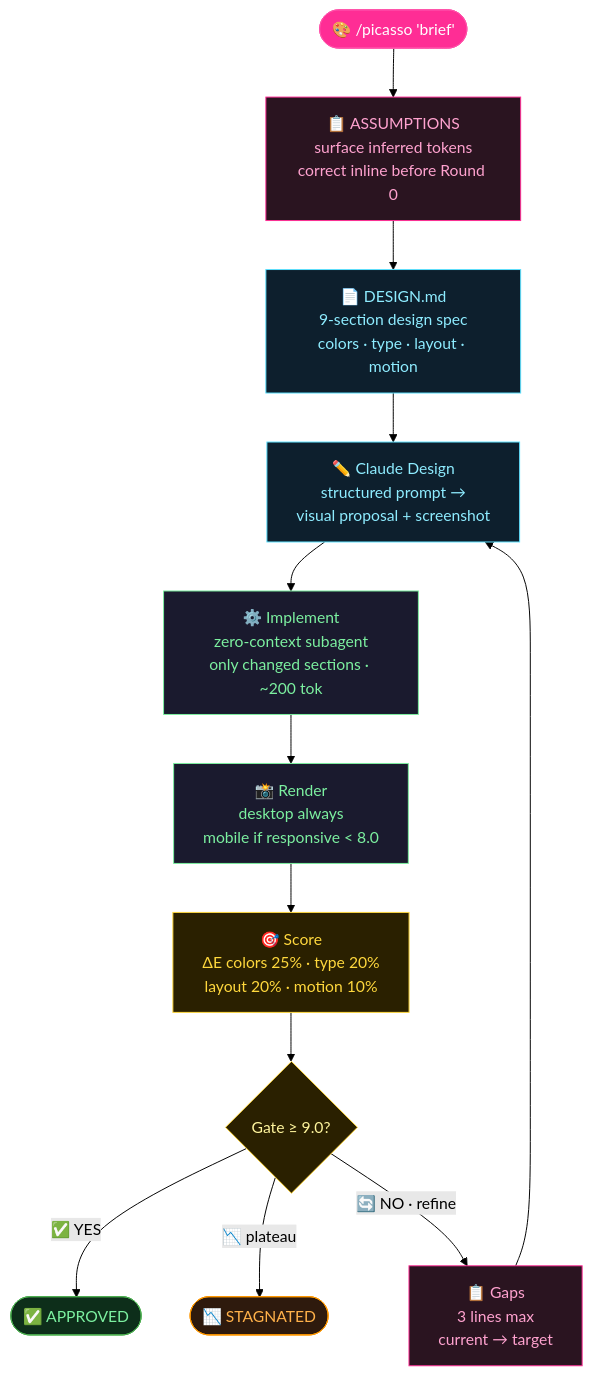
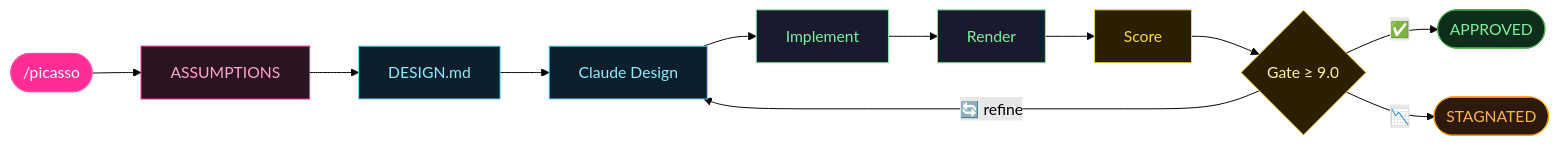
Before and after one commit to RazvanGabrielNiculae/picasso-claude-design-claude-code-bridge-loop: the first of 7 diagrams in README.md, drawn with Mermaid (forest theme). The commit also changed other lines of this file, not shown here.

First line of the commit message:
docs: compact Mermaid diagrams — LR layout, single-line nodes

````diff
--- a/README.md
+++ b/README.md
@@ -59,26 +59,18 @@
 ```mermaid
-flowchart TD
-    A([" 🎨 /picasso 'brief' "]) --> B["📋 ASSUMPTIONS\nsurface inferred tokens\ncorrect inline before Round 0"]
-    B --> C["📄 DESIGN.md\n9-section design spec\ncolors · type · layout · motion"]
-    C --> D["✏️ Claude Design\nstructured prompt →\nvisual proposal + screenshot"]
-    D --> E["⚙️ Implement\nzero-context subagent\nonly changed sections · ~200 tok"]
-    E --> F["📸 Render\ndesktop always\nmobile if responsive < 8.0"]
-    F --> G["🎯 Score\nΔE colors 25% · type 20%\nlayout 20% · motion 10%"]
-    G --> H{"Gate ≥ 9.0?"}
-    H -- "✅ YES" --> I([" ✅ APPROVED "])
-    H -- "📉 plateau" --> J([" 📉 STAGNATED "])
-    H -- "🔄 NO · refine" --> K["📋 Gaps\n3 lines max\ncurrent → target"]
-    K --> D
+flowchart LR
+    A([/picasso]) --> B[ASSUMPTIONS] --> C[DESIGN.md] --> D[Claude Design] --> E[Implement] --> F[Render] --> G[Score] --> H{Gate ≥ 9.0}
+    H -- "✅" --> I([APPROVED])
+    H -- "📉" --> J([STAGNATED])
+    H -- "🔄 refine" --> D
 
     style A fill:#ff2d95,stroke:#ff4fa8,color:#fff
     style B fill:#2a1420,stroke:#ff2d95,color:#ffa2cf
     style C fill:#0d1f2d,stroke:#5ce1ff,color:#8eecff
     style D fill:#0d1f2d,stroke:#5ce1ff,color:#8eecff
     style E fill:#1a1a2e,stroke:#7cf0a0,color:#7cf0a0
     style F fill:#1a1a2e,stroke:#7cf0a0,color:#7cf0a0
     style G fill:#2a2000,stroke:#ffd83d,color:#ffd83d
     style H fill:#2a2000,stroke:#ffd83d,color:#fff59d
     style I fill:#0d2e1a,stroke:#4caf50,color:#7cf0a0
     style J fill:#2e1a0d,stroke:#ff9800,color:#ffb14a
-    style K fill:#2a1420,stroke:#ff2d95,color:#ffa2cf
 ```
````
